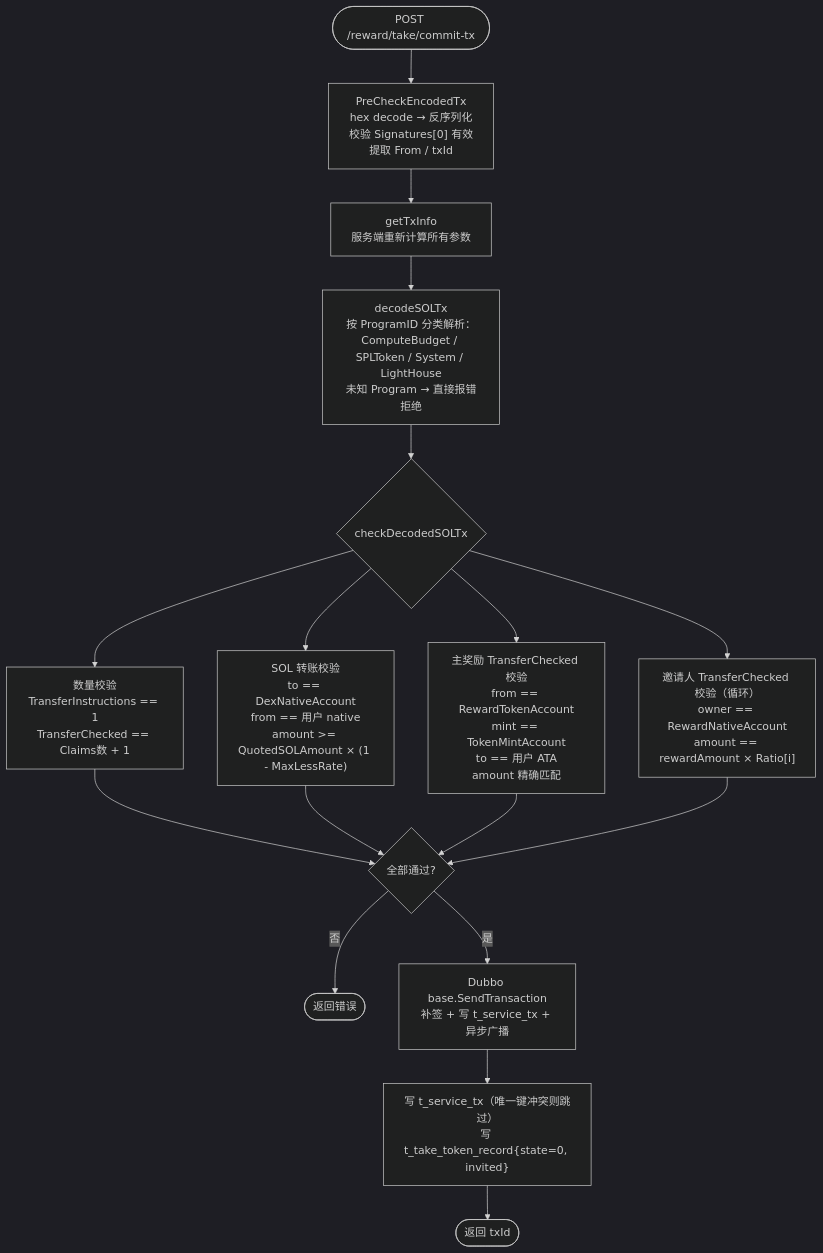
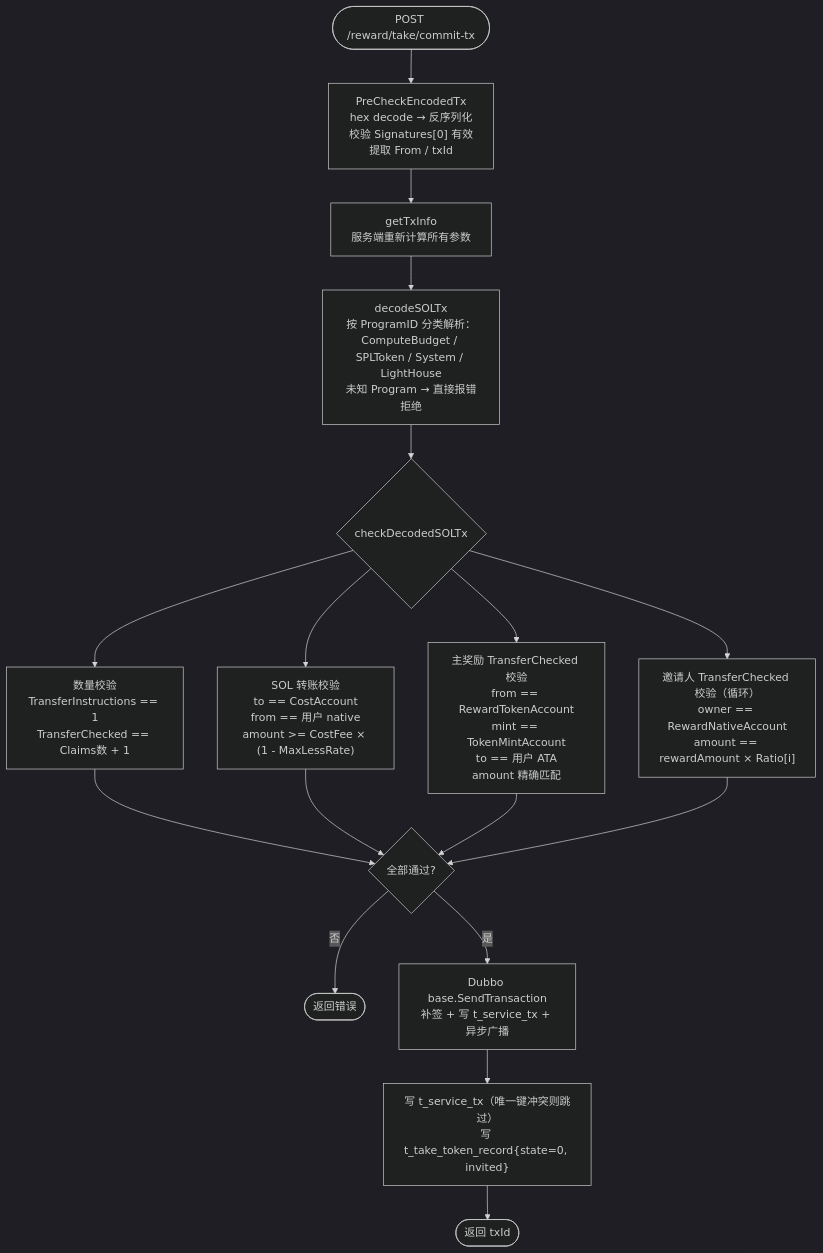
Before and after one commit to BillInUK/oshit-go: the fifth of 7 diagrams in docs/v1/reward_take_token.md, drawn with Mermaid (dark theme). The commit also changed other lines of this file and 8 other files, not shown here.

Commit message:
feat: return reward cost fee in tx info

````diff
--- a/docs/v1/reward_take_token.md
+++ b/docs/v1/reward_take_token.md
@@ -249,16 +250,16 @@
 ```mermaid
 flowchart TD
     A([POST /reward/take/commit-tx]) --> B["PreCheckEncodedTx\nhex decode → 反序列化\n校验 Signatures[0] 有效\n提取 From / txId"]
     B --> C["getTxInfo\n服务端重新计算所有参数"]
     C --> D["decodeSOLTx\n按 ProgramID 分类解析：\nComputeBudget / SPLToken / System / LightHouse\n未知 Program → 直接报错拒绝"]
     D --> E{checkDecodedSOLTx}
     E --> F["数量校验\nTransferInstructions == 1\nTransferChecked == Claims数 + 1"]
-    E --> G["SOL 转账校验\nto == DexNativeAccount\nfrom == 用户 native\namount >= QuotedSOLAmount × (1 - MaxLessRate)"]
+    E --> G["SOL 转账校验\nto == CostAccount\nfrom == 用户 native\namount >= CostFee × (1 - MaxLessRate)"]
     E --> H["主奖励 TransferChecked 校验\nfrom == RewardTokenAccount\nmint == TokenMintAccount\nto == 用户 ATA\namount 精确匹配"]
     E --> I["邀请人 TransferChecked 校验（循环）\nowner == RewardNativeAccount\namount == rewardAmount × Ratio[i]"]
     F & G & H & I --> J{全部通过?}
     J -- 否 --> K([返回错误])
     J -- 是 --> L["Dubbo base.SendTransaction\n补签 + 写 t_service_tx + 异步广播"]
     L --> M["写 t_service_tx（唯一键冲突则跳过）\n写 t_take_token_record{state=0, invited}"]
     M --> N([返回 txId])
 ```
````
